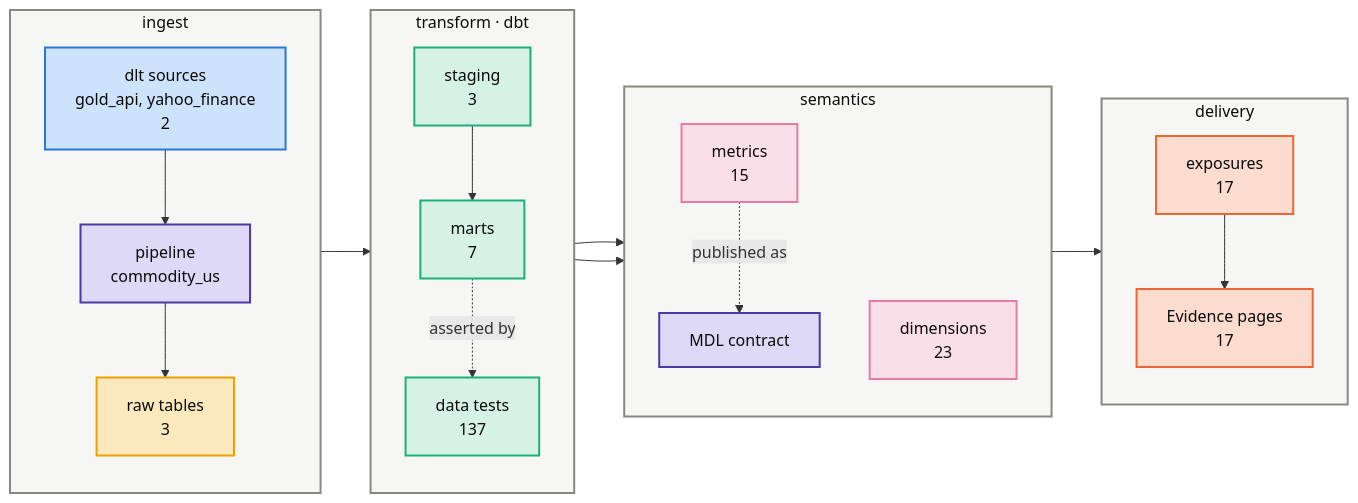
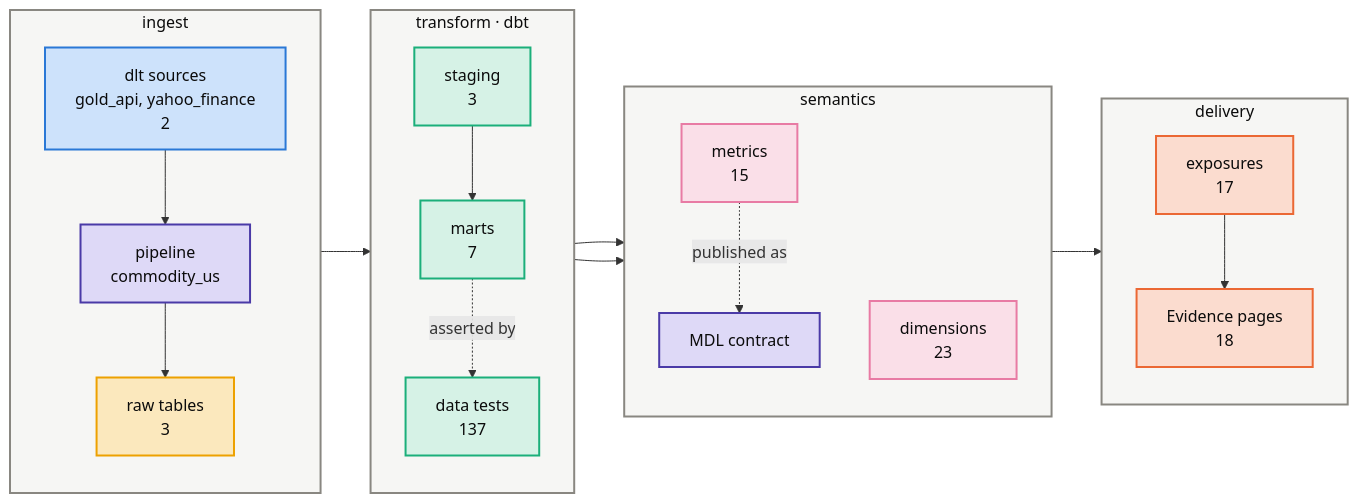
One commit to Atomz-org/data-platform changed the first of 3 diagrams in groups/commodity/projects/commodity-us/kg/architecture.md. Above: the diagram before and after it, drawn with Mermaid. The commit also changed other lines of this file and 9 other files, not shown here.

````diff
--- a/groups/commodity/projects/commodity-us/kg/architecture.md
+++ b/groups/commodity/projects/commodity-us/kg/architecture.md
@@ -10,41 +10,41 @@
 ```mermaid
 flowchart LR
     subgraph LI["ingest"]
         direction TB
         I1["dlt sources<br/>gold_api, yahoo_finance<br/>2"]:::ingress
         I2["pipeline<br/>commodity_us"]:::platform
         I3["raw tables<br/>3"]:::raw
     end
     subgraph LT["transform · dbt"]
         direction TB
         T1["staging<br/>3"]:::model
         T2["marts<br/>7"]:::model
         T3["data tests<br/>137"]:::model
     end
     subgraph LS["semantics"]
         direction TB
         S1["metrics<br/>15"]:::metric
         S2["dimensions<br/>23"]:::metric
         S3["MDL contract"]:::platform
     end
     subgraph LD["delivery"]
         direction TB
         D1["exposures<br/>17"]:::exposure
-        D2["Evidence pages<br/>17"]:::exposure
+        D2["Evidence pages<br/>18"]:::exposure
     end
     I1 --> I2 --> I3 --> T1 --> T2
     T2 --> S1 --> D1 --> D2
     T2 --> S2
     S1 -.published as.-> S3
     T2 -.asserted by.-> T3
     classDef ingress fill:#cde2fb,stroke:#2a78d6,stroke-width:2px,color:#0b0b0b
     classDef platform fill:#ded9f7,stroke:#4a3aa7,stroke-width:2px,color:#0b0b0b
     classDef raw fill:#fbe8bd,stroke:#eda100,stroke-width:2px,color:#0b0b0b
     classDef model fill:#d6f2e6,stroke:#1baf7a,stroke-width:2px,color:#0b0b0b
     classDef metric fill:#fadfe8,stroke:#e87ba4,stroke-width:2px,color:#0b0b0b
     classDef exposure fill:#fbdccf,stroke:#eb6834,stroke-width:2px,color:#0b0b0b
     classDef neutral fill:#e8e7e2,stroke:#898781,stroke-width:2px,color:#0b0b0b
     classDef project fill:#e3eefc,stroke:#2a78d6,stroke-width:2px,color:#0b0b0b
     classDef lane fill:#f6f6f4,stroke:#898781,stroke-width:2px,color:#0b0b0b
     class LI,LT,LS,LD lane
 ```
````
